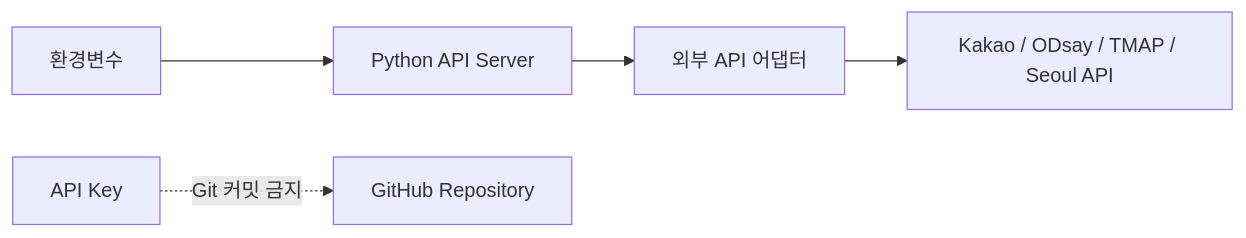
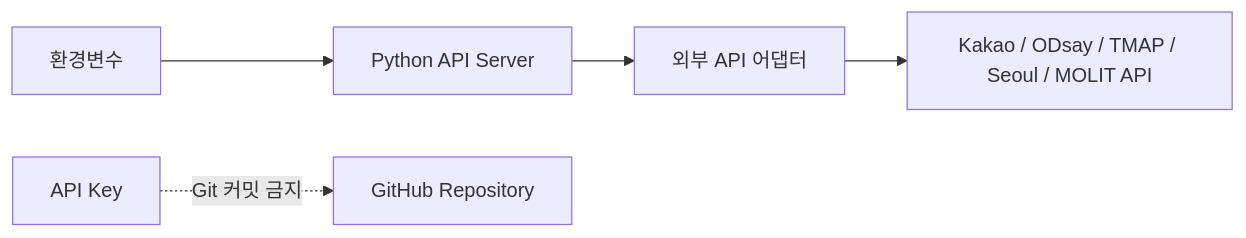
Before and after one commit to LSB-afk/-Future-Value-Level-up-Challenge-: the first of 5 diagrams in architecture/deployment-security.md, drawn with Mermaid. The commit also changed other lines of this file and 22 other files, not shown here.

````diff
--- a/architecture/deployment-security.md
+++ b/architecture/deployment-security.md
@@ -31,7 +32,7 @@
 ```mermaid
 flowchart LR
     Env["환경변수"] --> Server["Python API Server"]
     Server --> Adapter["외부 API 어댑터"]
-    Adapter --> External["Kakao / ODsay / TMAP / Seoul API"]
+    Adapter --> External["Kakao / ODsay / TMAP / Seoul / MOLIT API"]
     Secret["API Key"] -. "Git 커밋 금지" .-> Repo["GitHub Repository"]
 ```
````
